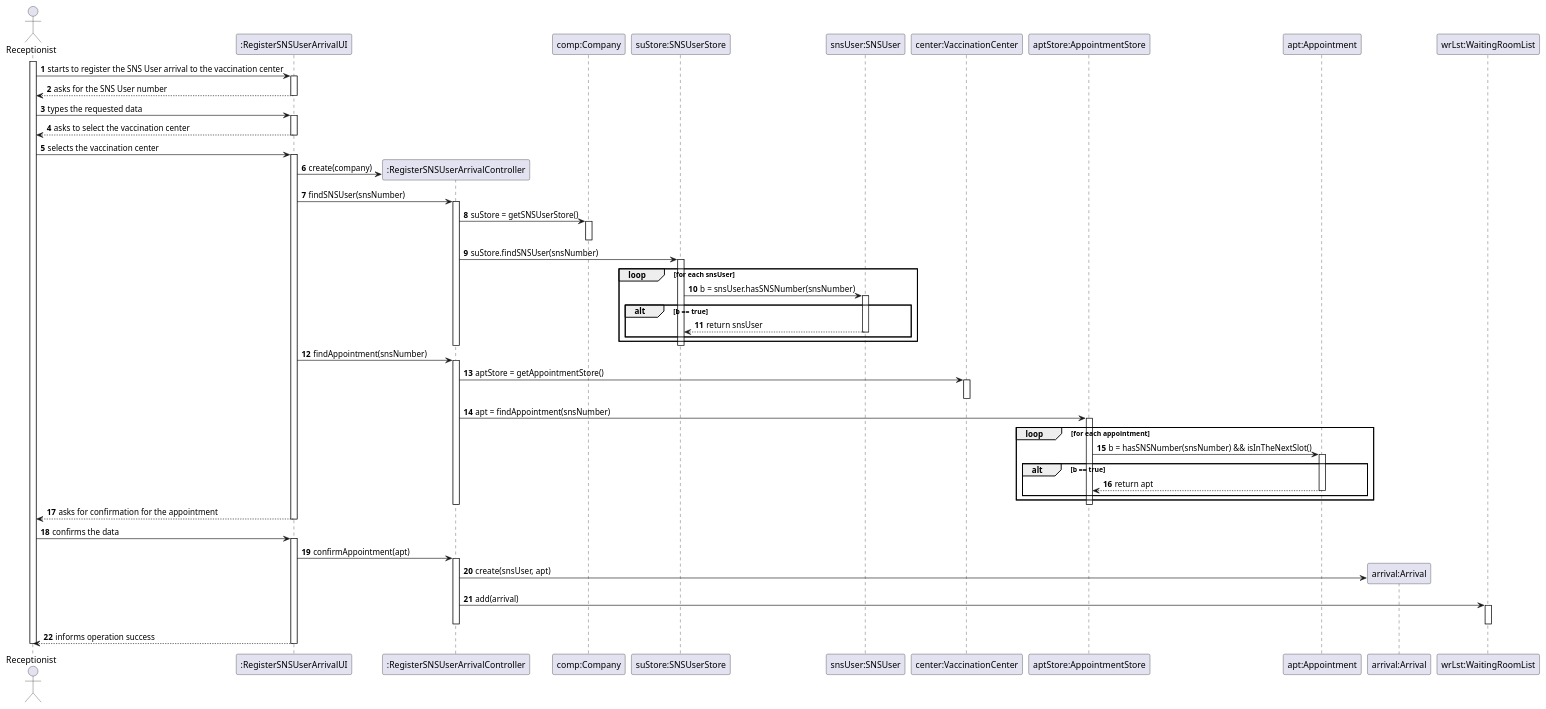
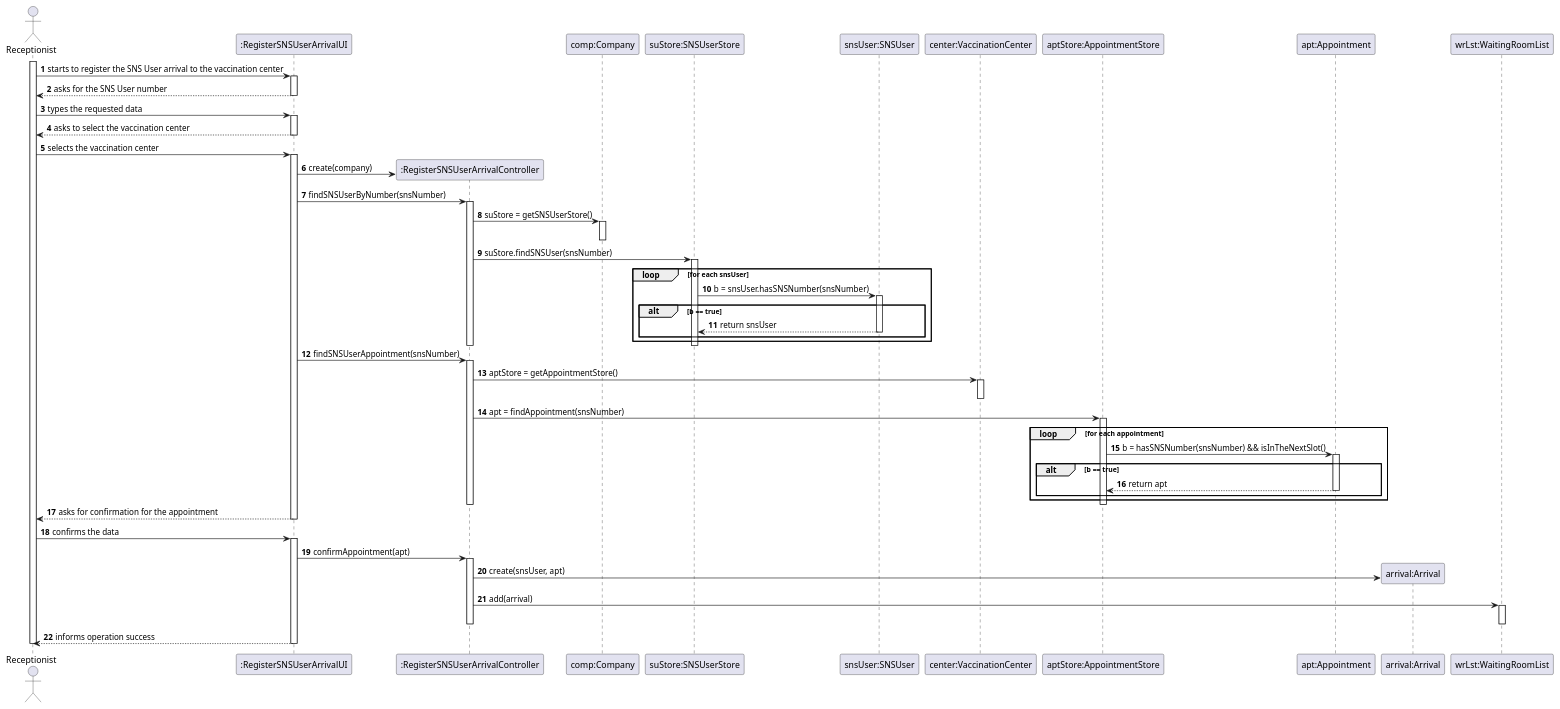
Before and after one commit to miseEnPlace-i/lapr2: the diagram in docs/SprintC/US04/SD/US04_SD.puml, drawn with PlantUML. The commit also changed 3 other files, not shown here.

```diff
--- a/docs/SprintC/US04/SD/US04_SD.puml
+++ b/docs/SprintC/US04/SD/US04_SD.puml
@@ -1,100 +1,100 @@
 @startuml
 autonumber
 
 actor "Receptionist" as RECEPT
 
 participant ":RegisterSNSUserArrivalUI" as UI
 participant ":RegisterSNSUserArrivalController" as CTRL
 participant "comp:Company" as COMP
 participant "suStore:SNSUserStore" as SUSTORE
 participant "snsUser:SNSUser" as SNSUSER
 participant "center:VaccinationCenter" as CENTER
 participant "aptStore:AppointmentStore" as APTSTORE
 participant "apt:Appointment" as APT
 participant "arrival:Arrival" as ARRIVAL
 participant "wrLst:WaitingRoomList" as WRLST
 
 activate RECEPT
   RECEPT -> UI : starts to register the SNS User arrival to the vaccination center
   activate UI
   
   RECEPT <-- UI : asks for the SNS User number
   deactivate UI
 
   RECEPT -> UI : types the requested data
   activate UI
   
   RECEPT <-- UI : asks to select the vaccination center
   deactivate UI
 
   RECEPT -> UI : selects the vaccination center
   activate UI
     
     UI -> CTRL** : create(company)
 
-    UI -> CTRL : findSNSUser(snsNumber)
+    UI -> CTRL : findSNSUserByNumber(snsNumber)
     activate CTRL
 
       CTRL -> COMP : suStore = getSNSUserStore()
       activate COMP
       deactivate COMP
 
       CTRL -> SUSTORE : suStore.findSNSUser(snsNumber)
       activate SUSTORE
         loop for each snsUser
           SUSTORE -> SNSUSER : b = snsUser.hasSNSNumber(snsNumber)
           activate SNSUSER
           alt b == true
             SUSTORE <-- SNSUSER : return snsUser
             deactivate SNSUSER
           end
         end
       deactivate SUSTORE
 
     deactivate CTRL
 
-    UI -> CTRL : findAppointment(snsNumber)
+    UI -> CTRL : findSNSUserAppointment(snsNumber)
     activate CTRL
 
       CTRL -> CENTER : aptStore = getAppointmentStore()
       activate CENTER
       deactivate CENTER
 
       CTRL -> APTSTORE : apt = findAppointment(snsNumber)
       activate APTSTORE
 
         loop for each appointment
           APTSTORE -> APT : b = hasSNSNumber(snsNumber) && isInTheNextSlot()
           activate APT
           alt b == true
             APTSTORE <-- APT : return apt
             deactivate APT
           end
         end
 
       deactivate APTSTORE
 
     deactivate CTRL
   
   RECEPT <-- UI : asks for confirmation for the appointment
   deactivate UI
 
   RECEPT -> UI : confirms the data
   activate UI
 
     UI -> CTRL : confirmAppointment(apt)
     activate CTRL
       CTRL -> ARRIVAL** : create(snsUser, apt)
 
       CTRL -> WRLST : add(arrival)
       activate WRLST
       deactivate WRLST
 
     deactivate CTRL
 
   RECEPT <-- UI : informs operation success
   deactivate UI
 
 deactivate RECEPT
 
 @enduml
```
